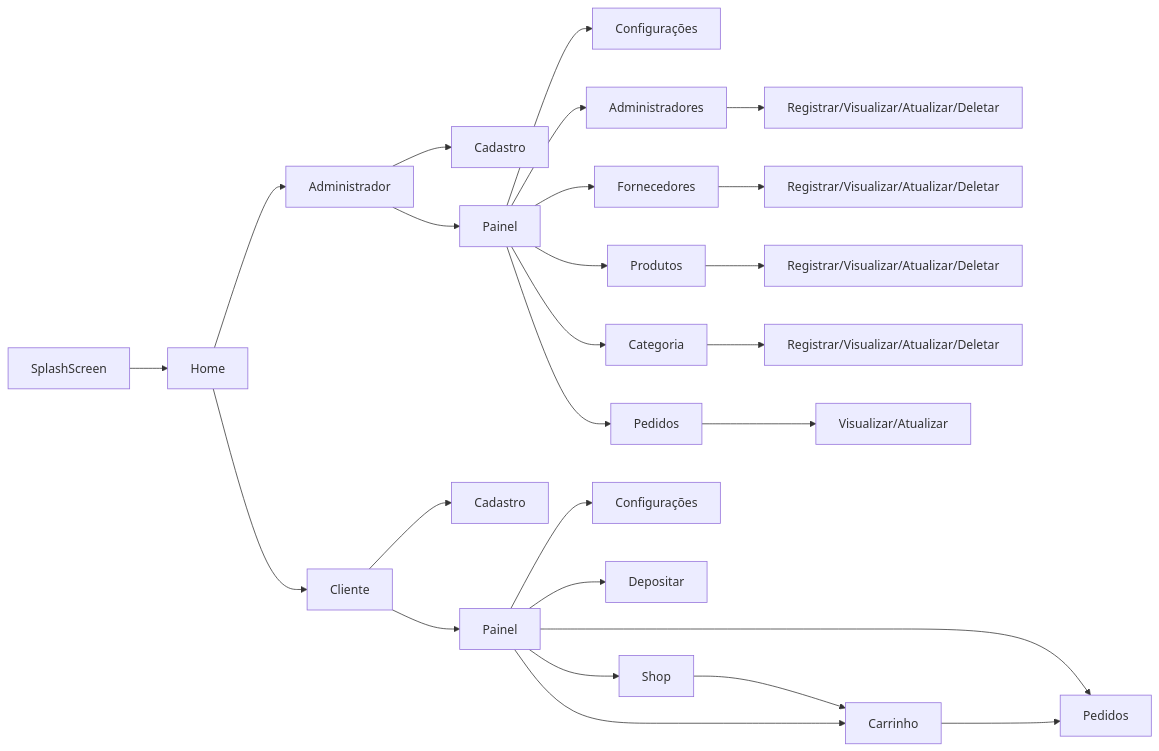
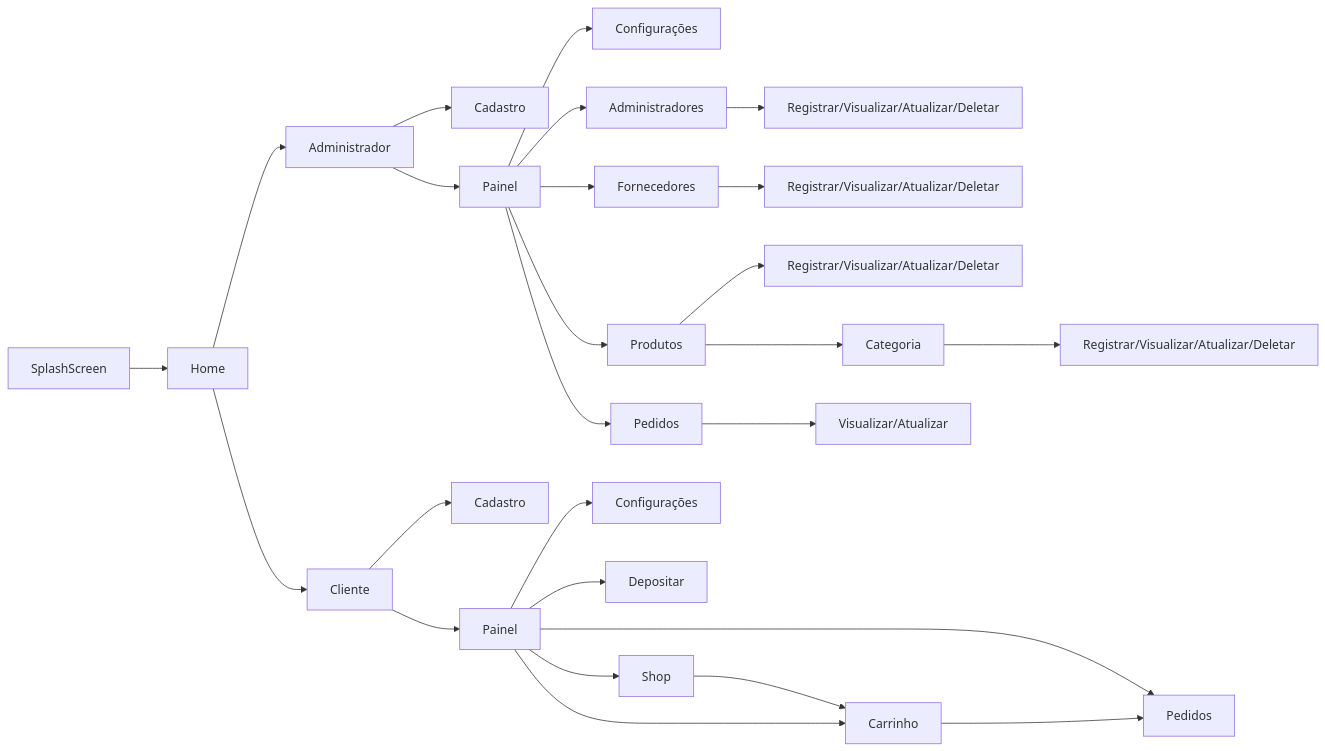
One commit to WhitePoodleMoth/TrendStyle changed the diagram in Diagram/FLOWCHART.mermaid. Above: the diagram before and after it, drawn with Mermaid.

```diff
--- a/Diagram/FLOWCHART.mermaid
+++ b/Diagram/FLOWCHART.mermaid
@@ -1,38 +1,38 @@
 graph LR
     splash[SplashScreen] --> home[Home]
 
     home --> admin[Administrador]
     home --> client[Cliente]
     
     admin --> admin_register[Cadastro]
 
     admin --> admin_panel[Painel]
 
     admin_panel --> admin_config[Configurações]
     admin_panel --> admin_admin[Administradores]
     admin_panel --> admin_vendor[Fornecedores]
     admin_panel --> admin_products[Produtos]
-    admin_panel --> admin_category[Categoria]
     admin_panel --> admin_order[Pedidos]
     
     admin_admin --> admin_admin_manage[Registrar/Visualizar/Atualizar/Deletar]
     
     admin_vendor --> admin_vendor_manage[Registrar/Visualizar/Atualizar/Deletar]
 
     admin_products --> admin_products_manage[Registrar/Visualizar/Atualizar/Deletar]
     
+    admin_products --> admin_category[Categoria]
     admin_category --> admin_category_manage[Registrar/Visualizar/Atualizar/Deletar]
 
     admin_order --> admin_order_manage[Visualizar/Atualizar]
     
     client --> client_register[Cadastro]
 
     client --> client_menu[Painel]
 
     client_menu --> client_config[Configurações]
     client_menu --> client_deposit[Depositar]
     client_menu --> client_shop[Shop]
     client_shop --> client_cart[Carrinho]
     client_menu --> client_cart
     client_menu --> client_order[Pedidos]
     client_cart --> client_order
```
